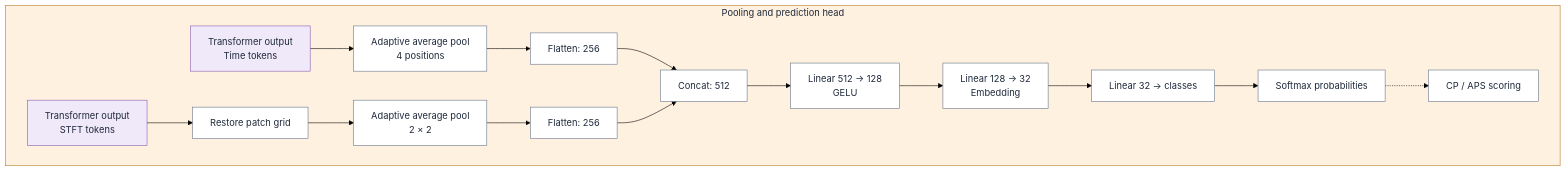
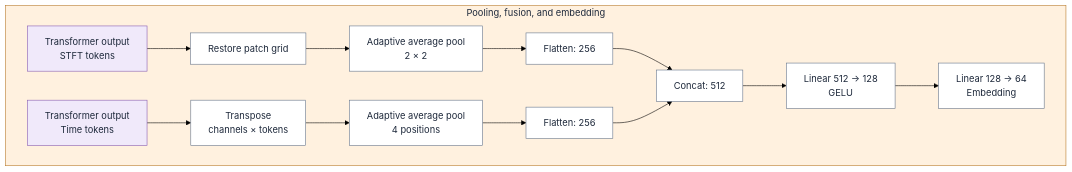
One commit to kwang0913/WiFiSensing_DomainShift changed the sixth of 6 diagrams in README.md. Above: the diagram before and after it, drawn with Mermaid (forest theme). The commit also changed other lines of this file and 16 other files, not shown here.

````diff
--- a/README.md
+++ b/README.md
@@ -132,22 +138,20 @@
 ```mermaid
 flowchart LR
-    subgraph BLOCK["Pooling and prediction head"]
+    subgraph BLOCK["Pooling, fusion, and embedding"]
         direction LR
-        T["Transformer output<br/>Time tokens"] --> TP["Adaptive average pool<br/>4 positions"]
-        TP --> TF["Flatten: 256"]
         S["Transformer output<br/>STFT tokens"] --> R["Restore patch grid"]
         R --> SP["Adaptive average pool<br/>2 × 2"]
         SP --> SF["Flatten: 256"]
-        TF --> C["Concat: 512"]
-        SF --> C
+        T["Transformer output<br/>Time tokens"] --> TR["Transpose<br/>channels × tokens"]
+        TR --> TP["Adaptive average pool<br/>4 positions"]
+        TP --> TF["Flatten: 256"]
+        SF --> C["Concat: 512"]
+        TF --> C
         C --> F["Linear 512 → 128<br/>GELU"]
-        F --> E["Linear 128 → 32<br/>Embedding"]
-        E --> H["Linear 32 → classes"]
-        H --> P["Softmax probabilities"]
-        P -.-> SCORE["CP / APS scoring"]
+        F --> E["Linear 128 → 64<br/>Embedding"]
     end
     style BLOCK fill:#fff1df,stroke:#b87928,color:#1e293b
     classDef default fill:#ffffff,stroke:#64748b,color:#1e293b
     classDef attention fill:#f0e9fa,stroke:#865bb0,color:#1e293b
     class T,S attention
 ```
````
